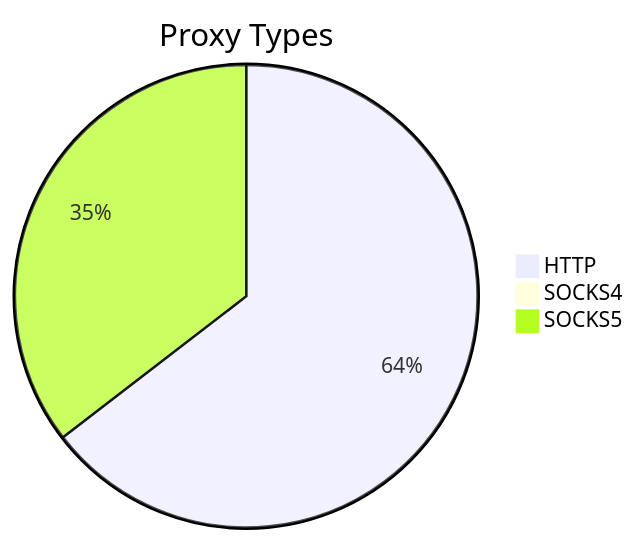
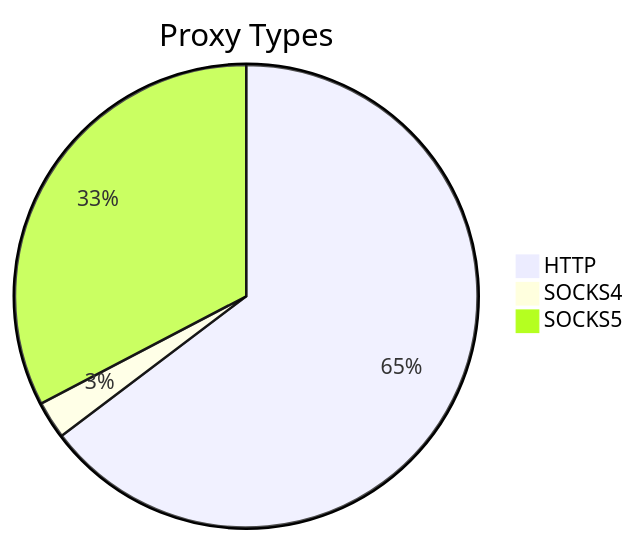
The first of 2 diagrams in README.md (stormsia/proxy-list), drawn with Mermaid before and after one commit. The commit also changed other lines of this file, not shown here.

````diff
--- a/README.md
+++ b/README.md
@@ -21,6 +21,6 @@
 ```mermaid
 pie title Proxy Types
-    "HTTP" : 1490
-    "SOCKS4" : 16
-    "SOCKS5" : 818
+    "HTTP" : 1404
+    "SOCKS4" : 57
+    "SOCKS5" : 709
 ```
````
